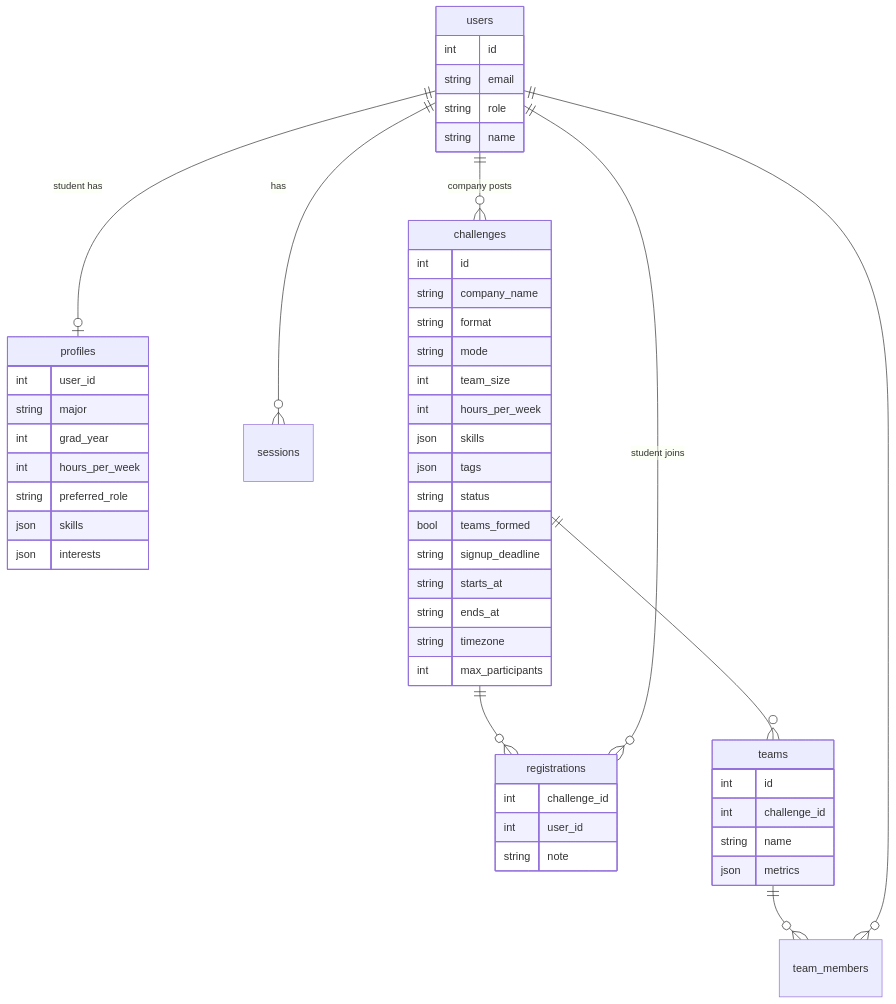
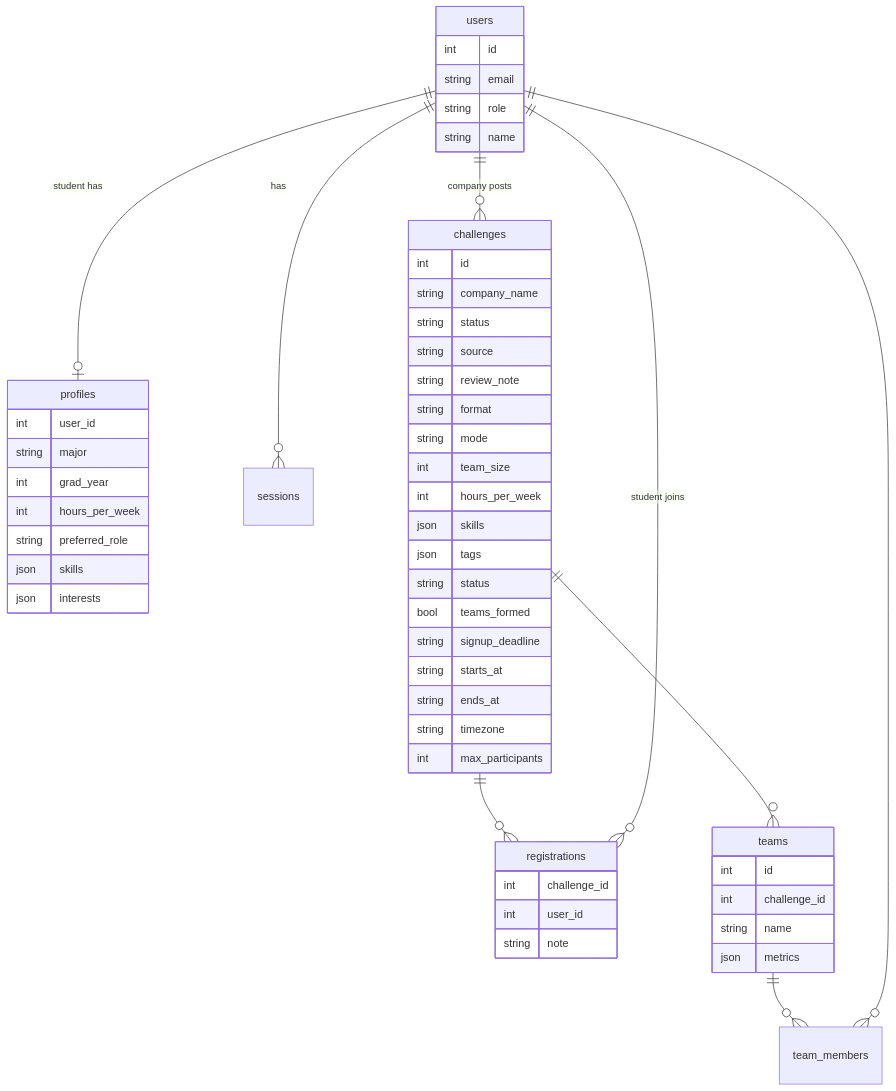
Before and after one commit to alinaliu2025/rungs: the second of 3 diagrams in docs/architecture.md, drawn with Mermaid. The commit also changed other lines of this file and 21 other files, not shown here.

First line of the commit message:
Add team simulator, CSV import and review queue

````diff
--- a/docs/architecture.md
+++ b/docs/architecture.md
@@ -32,17 +33,17 @@
 ```mermaid
 erDiagram
   users ||--o| profiles : "student has"
   users ||--o{ sessions : has
   users ||--o{ challenges : "company posts"
   challenges ||--o{ registrations : ""
   users ||--o{ registrations : "student joins"
   challenges ||--o{ teams : ""
   teams ||--o{ team_members : ""
   users ||--o{ team_members : ""
 
   users { int id string email string role string name }
   profiles { int user_id string major int grad_year int hours_per_week string preferred_role json skills json interests }
-  challenges { int id string company_name string format string mode int team_size int hours_per_week json skills json tags string status bool teams_formed string signup_deadline string starts_at string ends_at string timezone int max_participants }
+  challenges { int id string company_name string status string source string review_note string format string mode int team_size int hours_per_week json skills json tags string status bool teams_formed string signup_deadline string starts_at string ends_at string timezone int max_participants }
   registrations { int challenge_id int user_id string note }
   teams { int id int challenge_id string name json metrics }
 ```
````
